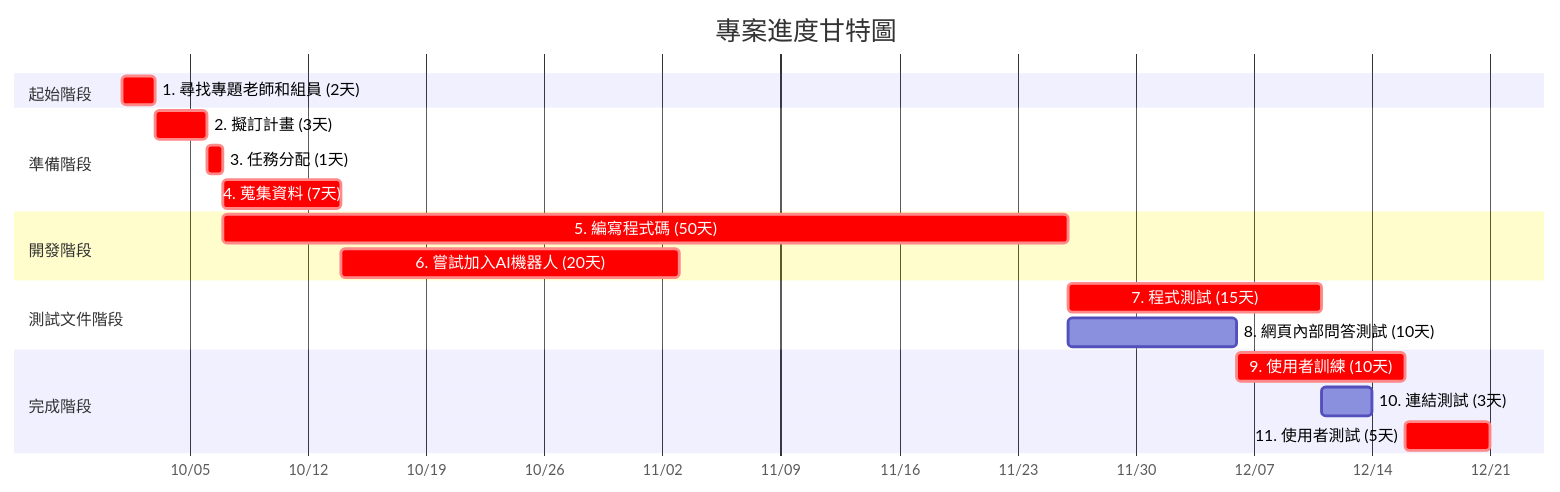
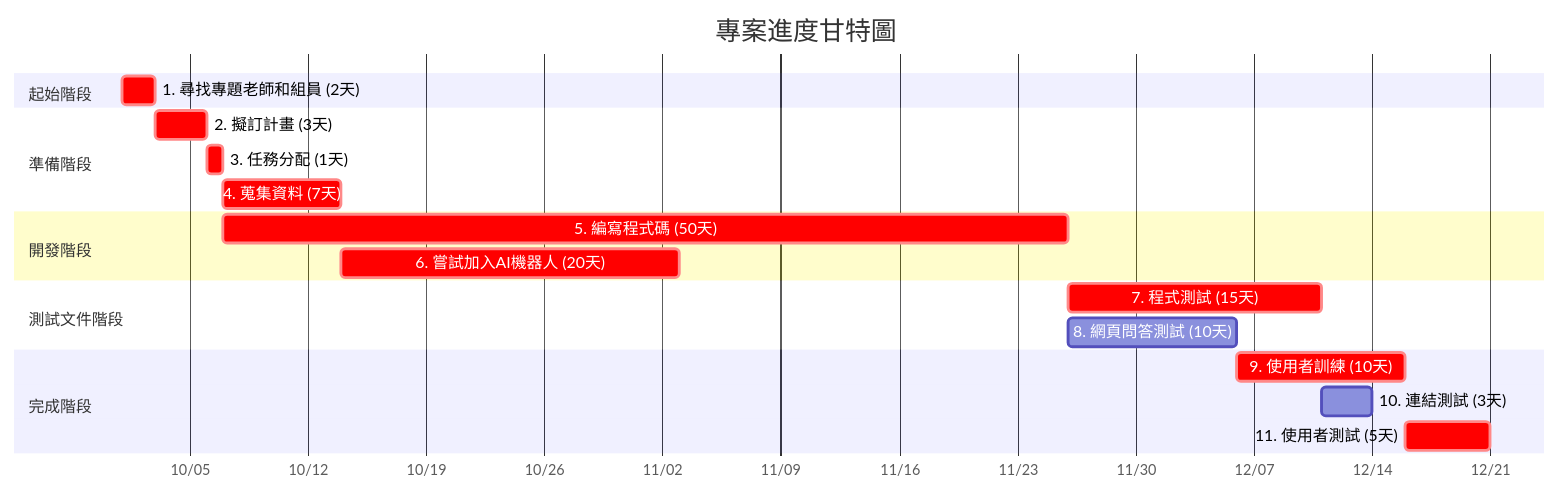
The second of 2 diagrams in hw2.md (c112118202-droid/-), drawn with Mermaid before and after one commit.

````diff
--- a/hw2.md
+++ b/hw2.md
@@ -29,27 +29,27 @@
 ```mermaid
 gantt
     title 專案進度甘特圖
     dateFormat YYYY-MM-DD
     axisFormat %m/%d
     
     section 起始階段
     1. 尋找專題老師和組員 (2天)     :crit, m1, 2025-10-01, 2d
     
     section 準備階段
     2. 擬訂計畫 (3天)     :crit, m2, after m1, 3d
     3. 任務分配 (1天)    :crit, m3, after m2, 1d
     4. 蒐集資料 (7天)    :crit, m4, after m3, 7d
 
     section 開發階段
     5. 編寫程式碼 (50天)    :crit, m5, after m3, 50d
     6. 嘗試加入AI機器人 (20天)    :crit, m6, after m4, 20d
     
     section 測試文件階段
     7. 程式測試 (15天)    :crit,m7, after m5, 15d
-    8. 網頁內部問答測試 (10天)  :m8, after m5, 10d
+    8. 網頁問答測試 (10天)  :m8, after m5, 10d
         
     section 完成階段
     9. 使用者訓練 (10天)    :crit, m9, after m8, 10d
     10. 連結測試 (3天)  :m10, after m7 m8, 3d
     11. 使用者測試 (5天)  :crit, m11, after m9 m10, 5d
 ```
````
